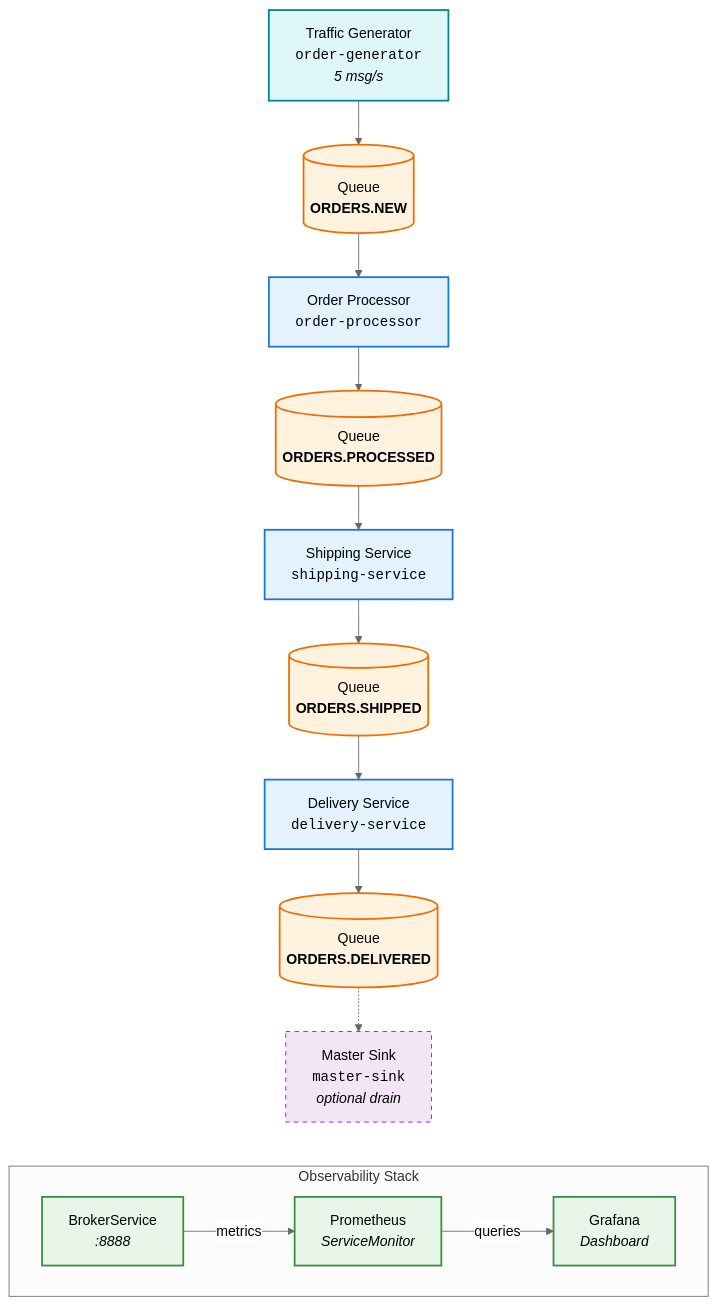
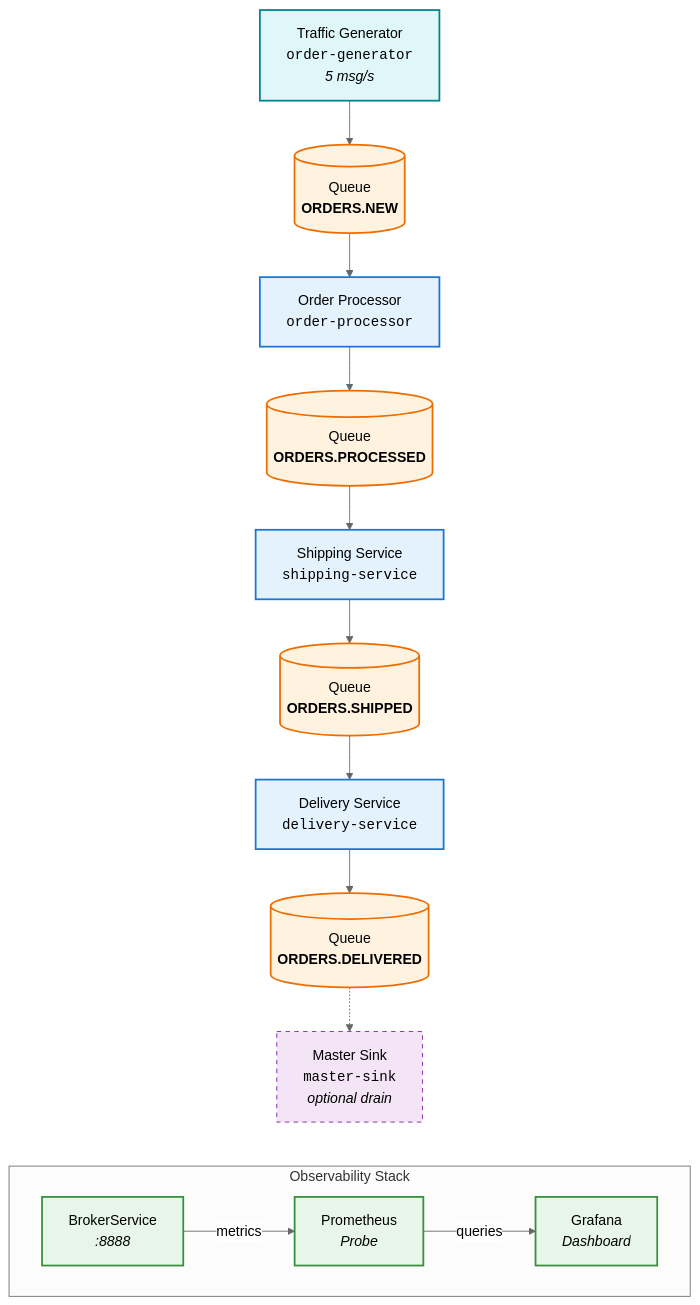
Before and after one commit to arkmq-org/arkmq-org-broker-operator: the diagram in docs/tutorials/brokerservice/brokerservice.md, drawn with Mermaid (neutral theme). The commit also changed other lines of this file and 10 other files, not shown here.

````diff
--- a/docs/tutorials/brokerservice/brokerservice.md
+++ b/docs/tutorials/brokerservice/brokerservice.md
@@ -25,41 +25,41 @@
 ```mermaid
 flowchart TD
     GEN["Traffic Generator<br/><code>order-generator</code><br/><i>5 msg/s</i>"]
     Q1[("Queue<br/><b>ORDERS.NEW</b>")]
     PROC["Order Processor<br/><code>order-processor</code>"]
     Q2[("Queue<br/><b>ORDERS.PROCESSED</b>")]
     SHIP["Shipping Service<br/><code>shipping-service</code>"]
     Q3[("Queue<br/><b>ORDERS.SHIPPED</b>")]
     DELIV["Delivery Service<br/><code>delivery-service</code>"]
     Q4[("Queue<br/><b>ORDERS.DELIVERED</b>")]
     SINK["Master Sink<br/><code>master-sink</code><br/><i>optional drain</i>"]
 
     GEN --> Q1
     Q1 --> PROC
     PROC --> Q2
     Q2 --> SHIP
     SHIP --> Q3
     Q3 --> DELIV
     DELIV --> Q4
     Q4 -.-> SINK
 
     SINK ~~~ OBS
 
     subgraph OBS ["Observability Stack"]
         direction LR
-        BS["BrokerService<br/><i>:8888</i>"] -->|metrics| PROM["Prometheus<br/><i>ServiceMonitor</i>"]
+        BS["BrokerService<br/><i>:8888</i>"] -->|metrics| PROM["Prometheus<br/><i>Probe</i>"]
         PROM -->|queries| GRAF["Grafana<br/><i>Dashboard</i>"]
     end
 
     classDef generator fill:#e0f7fa,stroke:#00838f,stroke-width:2px,color:#000;
     classDef app fill:#e3f2fd,stroke:#1976d2,stroke-width:2px,color:#000;
     classDef queue fill:#fff3e0,stroke:#ef6c00,stroke-width:2px,color:#000;
     classDef sink fill:#f3e5f5,stroke:#7b1fa2,stroke-width:1px,stroke-dasharray:5 5,color:#000;
     classDef observability fill:#e8f5e9,stroke:#388e3c,stroke-width:2px,color:#000;
 
     class GEN generator;
     class PROC,SHIP,DELIV app;
     class Q1,Q2,Q3,Q4 queue;
     class SINK sink;
     class BS,PROM,GRAF observability;
 ```
````
